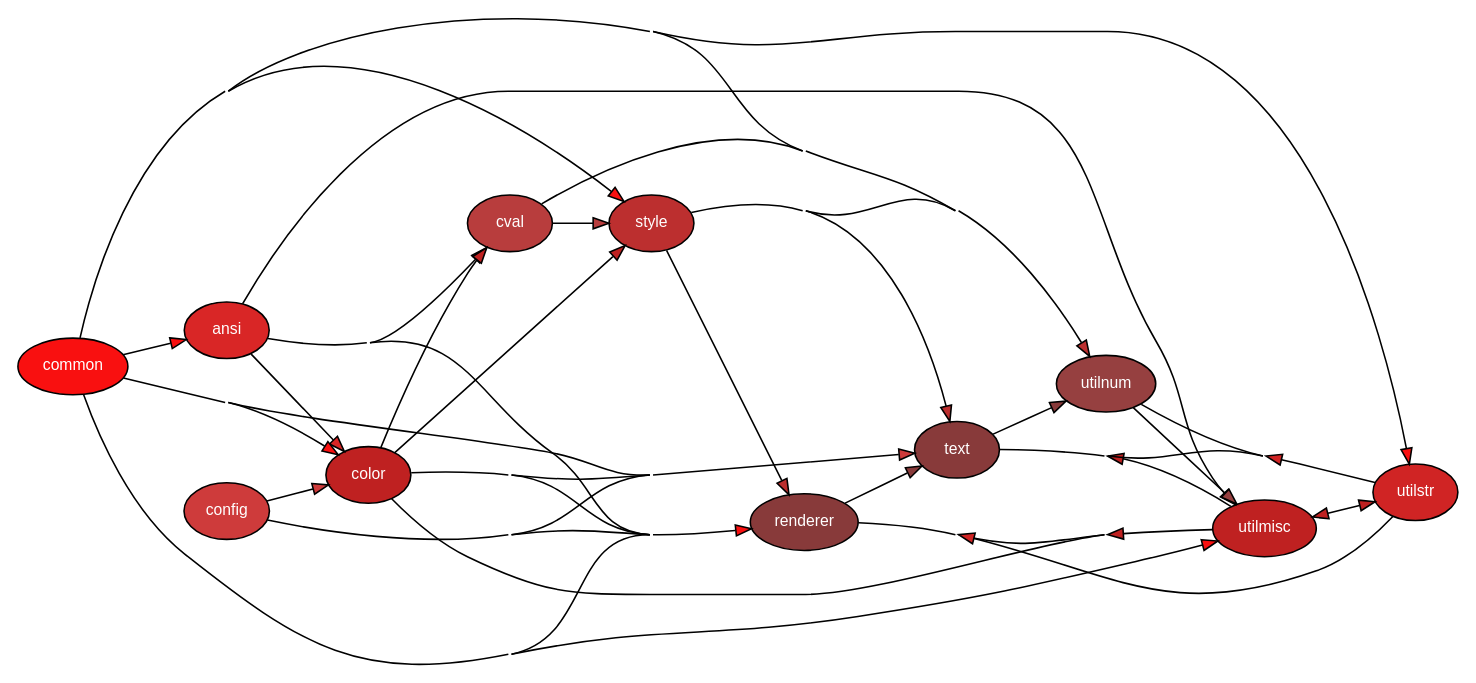
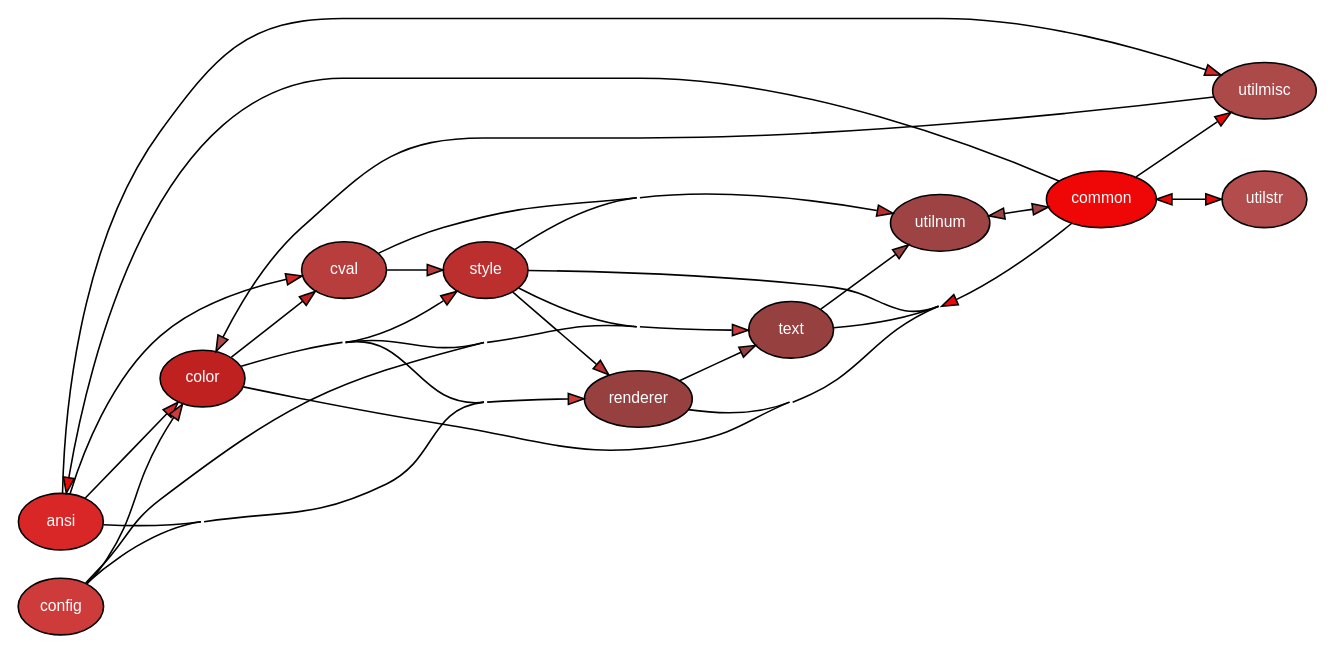
Before and after one commit to delameter/pytermor: the diagram in docs/_generated/module.dot, drawn with Graphviz. The commit also changed 28 other files, not shown here.

```diff
--- a/docs/_generated/module.dot
+++ b/docs/_generated/module.dot
@@ -1,54 +1,48 @@
 
 digraph G {
     concentrate = true;
 
     rankdir = LR;
     node [style=filled,fillcolor="#ffffff",fontcolor="#000000",fontname=Helvetica,fontsize=10];
 
     pytermor_ansi [fillcolor="#d92626",fontcolor="#ffffff",label="ansi"];
     pytermor_color [fillcolor="#bf2121",fontcolor="#ffffff",label="color"];
-    pytermor_common [fillcolor="#f91010",fontcolor="#ffffff",label="common"];
+    pytermor_common [fillcolor="#ef0606",fontcolor="#ffffff",label="common"];
     pytermor_config [fillcolor="#ce3b3b",fontcolor="#ffffff",label="config"];
     pytermor_cval [fillcolor="#b83d3d",fontcolor="#ffffff",label="cval"];
-    pytermor_renderer [fillcolor="#883a3a",fontcolor="#ffffff",label="renderer"];
+    pytermor_renderer [fillcolor="#964040",fontcolor="#ffffff",label="renderer"];
     pytermor_style [fillcolor="#bc2f2f",fontcolor="#ffffff",label="style"];
-    pytermor_text [fillcolor="#883a3a",fontcolor="#ffffff",label="text"];
-    pytermor_utilmisc [fillcolor="#bf2121",fontcolor="#ffffff",label="utilmisc"];
-    pytermor_utilnum [fillcolor="#964040",fontcolor="#ffffff",label="utilnum"];
-    pytermor_utilstr [fillcolor="#d02424",fontcolor="#ffffff",label="utilstr"];
+    pytermor_text [fillcolor="#964040",fontcolor="#ffffff",label="text"];
+    pytermor_utilmisc [fillcolor="#ac4949",fontcolor="#ffffff",label="utilmisc"];
+    pytermor_utilnum [fillcolor="#9d4343",fontcolor="#ffffff",label="utilnum"];
+    pytermor_utilstr [fillcolor="#b34c4c",fontcolor="#ffffff",label="utilstr"];
     pytermor_ansi -> pytermor_color [fillcolor="#d92626"];
     pytermor_ansi -> pytermor_cval [fillcolor="#d92626"];
     pytermor_ansi -> pytermor_renderer [fillcolor="#d92626"];
     pytermor_ansi -> pytermor_utilmisc [fillcolor="#d92626"];
     pytermor_color -> pytermor_cval [fillcolor="#bf2121"];
     pytermor_color -> pytermor_renderer [fillcolor="#bf2121"];
     pytermor_color -> pytermor_style [fillcolor="#bf2121"];
     pytermor_color -> pytermor_text [fillcolor="#bf2121"];
-    pytermor_common -> pytermor_ansi [fillcolor="#f91010"];
-    pytermor_common -> pytermor_color [fillcolor="#f91010"];
-    pytermor_common -> pytermor_renderer [fillcolor="#f91010"];
-    pytermor_common -> pytermor_style [fillcolor="#f91010"];
-    pytermor_common -> pytermor_text [fillcolor="#f91010"];
-    pytermor_common -> pytermor_utilmisc [fillcolor="#f91010"];
-    pytermor_common -> pytermor_utilnum [fillcolor="#f91010"];
-    pytermor_common -> pytermor_utilstr [fillcolor="#f91010"];
+    pytermor_common -> pytermor_ansi [fillcolor="#ef0606"];
+    pytermor_common -> pytermor_color [fillcolor="#ef0606"];
+    pytermor_common -> pytermor_renderer [fillcolor="#ef0606"];
+    pytermor_common -> pytermor_style [fillcolor="#ef0606"];
+    pytermor_common -> pytermor_text [fillcolor="#ef0606"];
+    pytermor_common -> pytermor_utilmisc [fillcolor="#ef0606"];
+    pytermor_common -> pytermor_utilnum [fillcolor="#ef0606"];
+    pytermor_common -> pytermor_utilstr [fillcolor="#ef0606"];
     pytermor_config -> pytermor_color [fillcolor="#ce3b3b"];
     pytermor_config -> pytermor_renderer [fillcolor="#ce3b3b"];
     pytermor_config -> pytermor_text [fillcolor="#ce3b3b"];
     pytermor_cval -> pytermor_style [fillcolor="#b83d3d"];
     pytermor_cval -> pytermor_utilnum [fillcolor="#b83d3d"];
-    pytermor_renderer -> pytermor_text [fillcolor="#883a3a"];
+    pytermor_renderer -> pytermor_text [fillcolor="#964040"];
     pytermor_style -> pytermor_renderer [fillcolor="#bc2f2f"];
     pytermor_style -> pytermor_text [fillcolor="#bc2f2f"];
     pytermor_style -> pytermor_utilnum [fillcolor="#bc2f2f"];
-    pytermor_text -> pytermor_utilnum [fillcolor="#883a3a"];
-    pytermor_utilmisc -> pytermor_color [fillcolor="#bf2121"];
-    pytermor_utilmisc -> pytermor_renderer [fillcolor="#bf2121"];
-    pytermor_utilmisc -> pytermor_text [fillcolor="#bf2121"];
-    pytermor_utilmisc -> pytermor_utilstr [fillcolor="#bf2121"];
-    pytermor_utilnum -> pytermor_utilmisc [fillcolor="#964040"];
-    pytermor_utilstr -> pytermor_renderer [fillcolor="#d02424"];
-    pytermor_utilstr -> pytermor_text [fillcolor="#d02424"];
-    pytermor_utilstr -> pytermor_utilmisc [fillcolor="#d02424"];
-    pytermor_utilstr -> pytermor_utilnum [fillcolor="#d02424"];
+    pytermor_text -> pytermor_utilnum [fillcolor="#964040"];
+    pytermor_utilmisc -> pytermor_color [fillcolor="#ac4949"];
+    pytermor_utilnum -> pytermor_common [fillcolor="#9d4343"];
+    pytermor_utilstr -> pytermor_common [fillcolor="#b34c4c"];
 }
```
